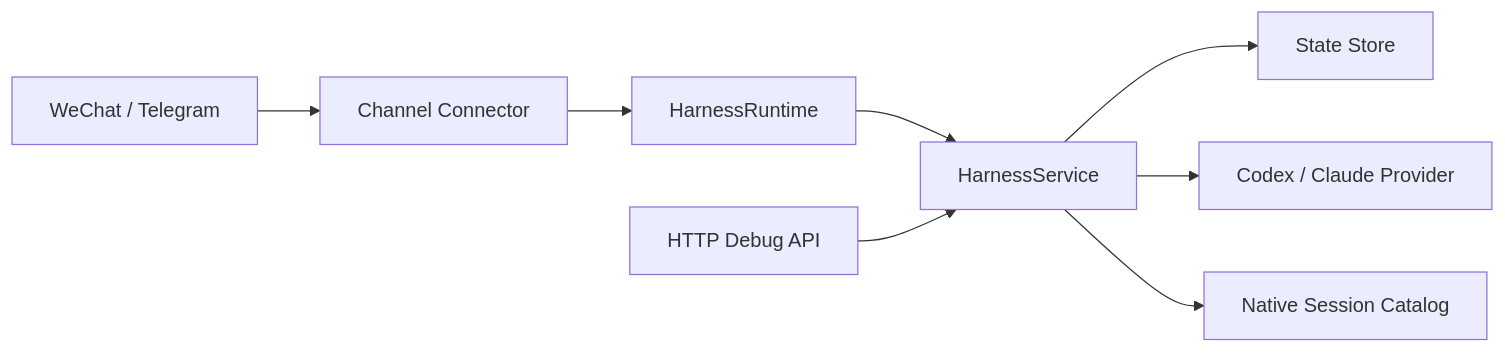
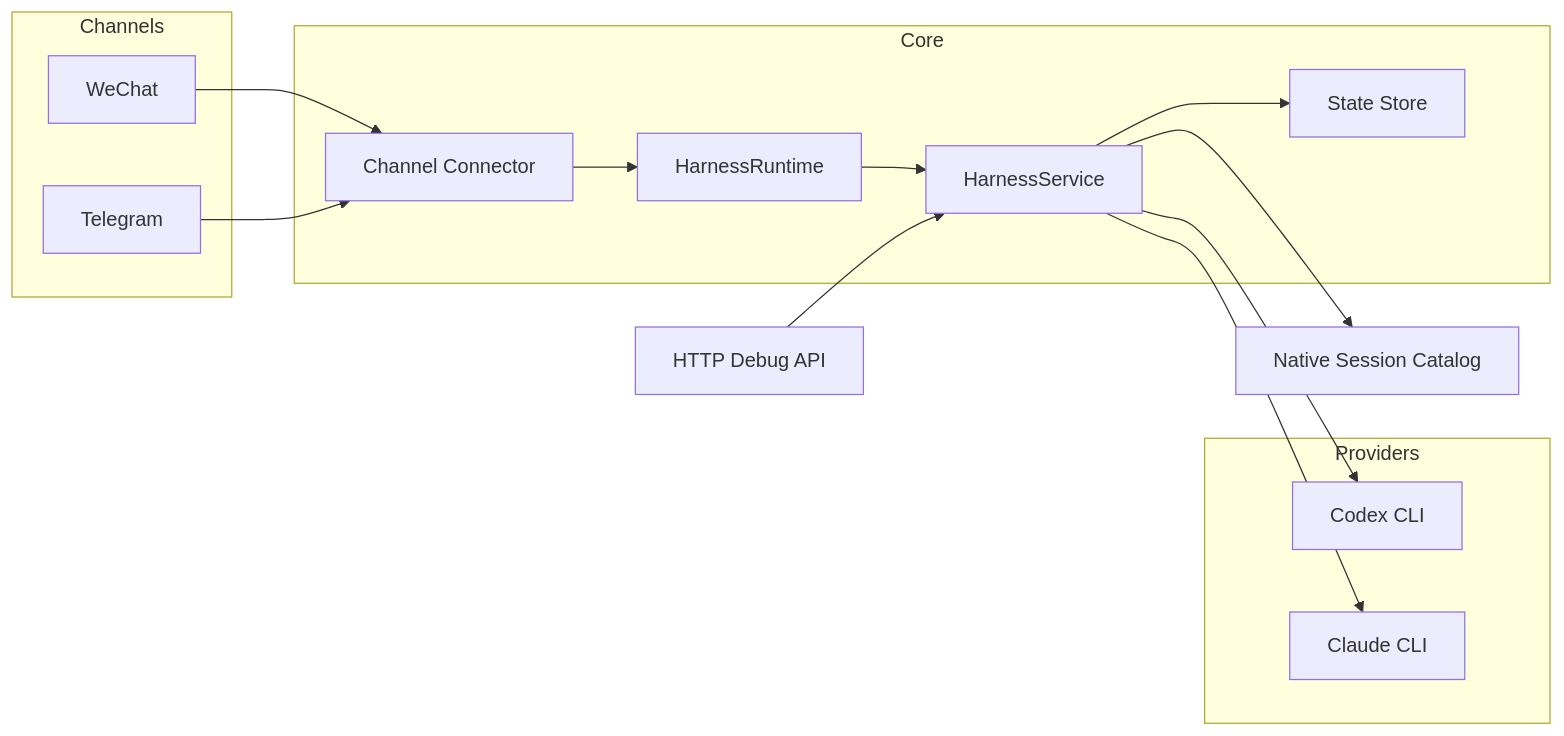
One commit to Yuki-zik/Better-Call-Codex changed the diagram in README.md. Above: the diagram before and after it, drawn with Mermaid. The commit also changed other lines of this file and 7 other files, not shown here.

````diff
--- a/README.md
+++ b/README.md
@@ -602,10 +206,25 @@
 ```mermaid
 flowchart LR
-  A["WeChat / Telegram"] --> B["Channel Connector"]
-  B --> C["HarnessRuntime"]
-  C --> D["HarnessService"]
-  D --> E["State Store"]
-  D --> F["Codex / Claude Provider"]
-  D --> G["Native Session Catalog"]
-  H["HTTP Debug API"] --> D
+  subgraph Channels
+    A1["WeChat"]
+    A2["Telegram"]
+  end
+  subgraph Core
+    B["Channel Connector"]
+    C["HarnessRuntime"]
+    D["HarnessService"]
+    E["State Store"]
+  end
+  subgraph Providers
+    F1["Codex CLI"]
+    F2["Claude CLI"]
+  end
+  G["Native Session Catalog"]
+  H["HTTP Debug API"]
+
+  A1 & A2 --> B --> C --> D
+  D --> E
+  D --> F1 & F2
+  D --> G
+  H --> D
 ```
````
